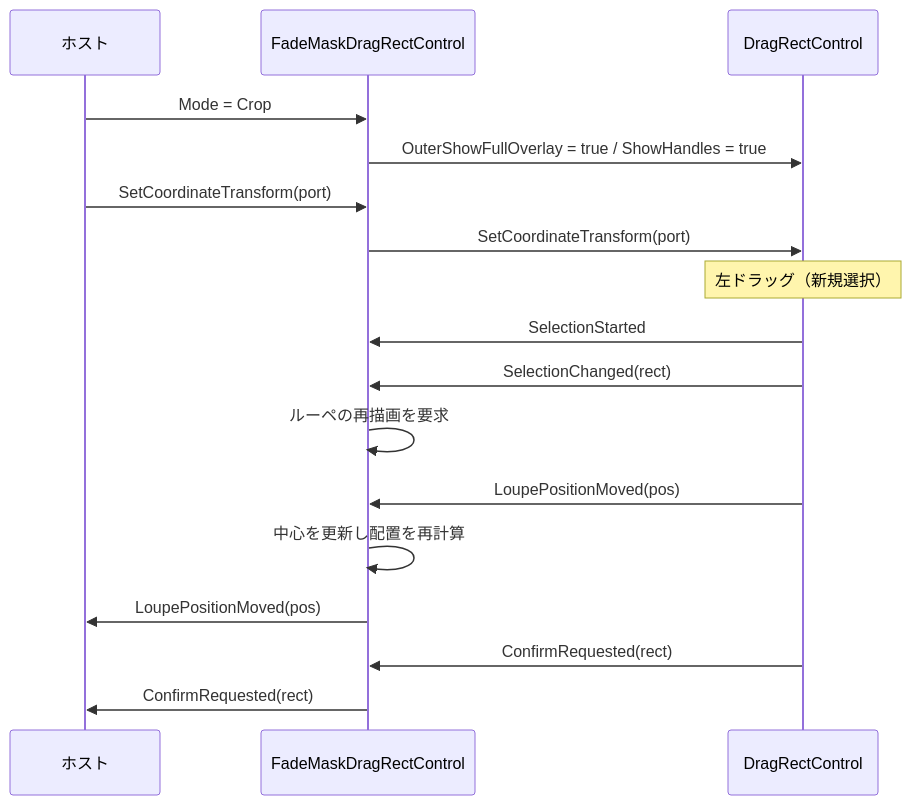
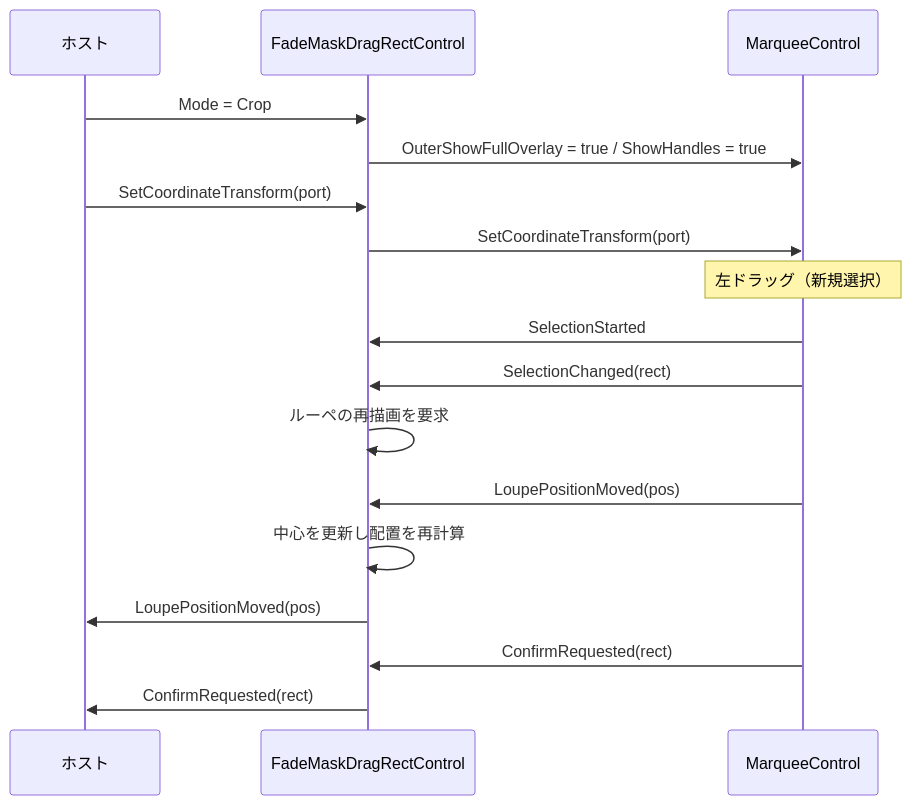
The second of 4 diagrams in src/FadeMaskDragRectControl.MewUI/SPEC_System.md (tomokuni/SaveEvidence), drawn with Mermaid before and after one commit. The commit also changed other lines of this file and 263 other files, not shown here.

````diff
--- a/src/FadeMaskDragRectControl.MewUI/SPEC_System.md
+++ b/src/FadeMaskDragRectControl.MewUI/SPEC_System.md
@@ -172,20 +172,20 @@
 ```mermaid
 sequenceDiagram
     participant Host as ホスト
     participant Facade as FadeMaskDragRectControl
-    participant Drag as DragRectControl
+    participant Drag as MarqueeControl
 
     Host->>Facade: Mode = Crop
     Facade->>Drag: OuterShowFullOverlay = true / ShowHandles = true
     Host->>Facade: SetCoordinateTransform(port)
     Facade->>Drag: SetCoordinateTransform(port)
     Note over Drag: 左ドラッグ（新規選択）
     Drag->>Facade: SelectionStarted
     Drag->>Facade: SelectionChanged(rect)
     Facade->>Facade: ルーペの再描画を要求
     Drag->>Facade: LoupePositionMoved(pos)
     Facade->>Facade: 中心を更新し配置を再計算
     Facade->>Host: LoupePositionMoved(pos)
     Drag->>Facade: ConfirmRequested(rect)
     Facade->>Host: ConfirmRequested(rect)
 ```
````
